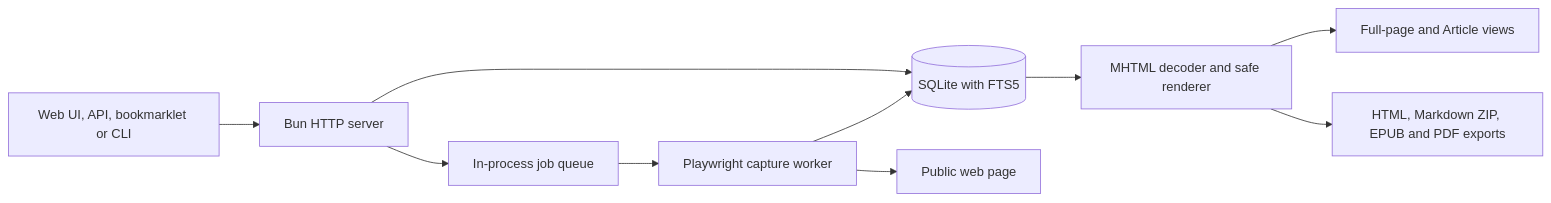
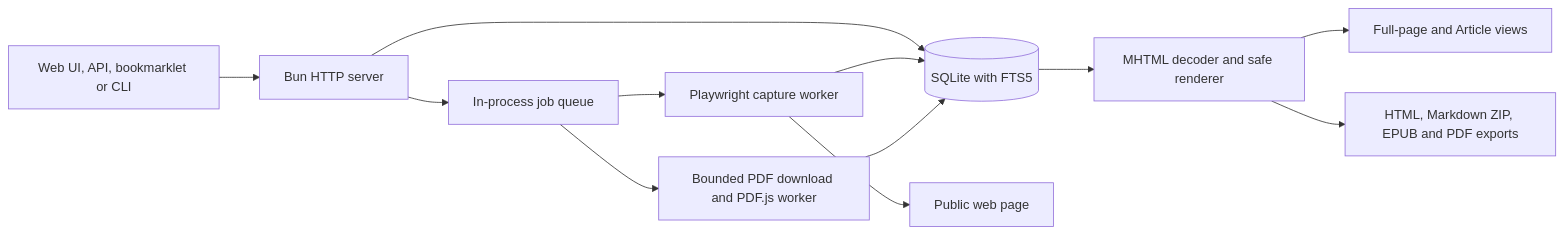
Before and after one commit to rcarmo/bun-packrat: the first of 3 diagrams in docs/architecture.md, drawn with Mermaid. The commit also changed other lines of this file and 28 other files, not shown here.

````diff
--- a/docs/architecture.md
+++ b/docs/architecture.md
@@ -7,12 +7,14 @@
 ```mermaid
 flowchart LR
     U[Web UI, API, bookmarklet or CLI] --> S[Bun HTTP server]
     S --> D[(SQLite with FTS5)]
     S --> Q[In-process job queue]
     Q --> P[Playwright capture worker]
     P --> W[Public web page]
     P --> D
+    Q --> X[Bounded PDF download and PDF.js worker]
+    X --> D
     D --> R[MHTML decoder and safe renderer]
     R --> V[Full-page and Article views]
     R --> E[HTML, Markdown ZIP, EPUB and PDF exports]
 ```
````
